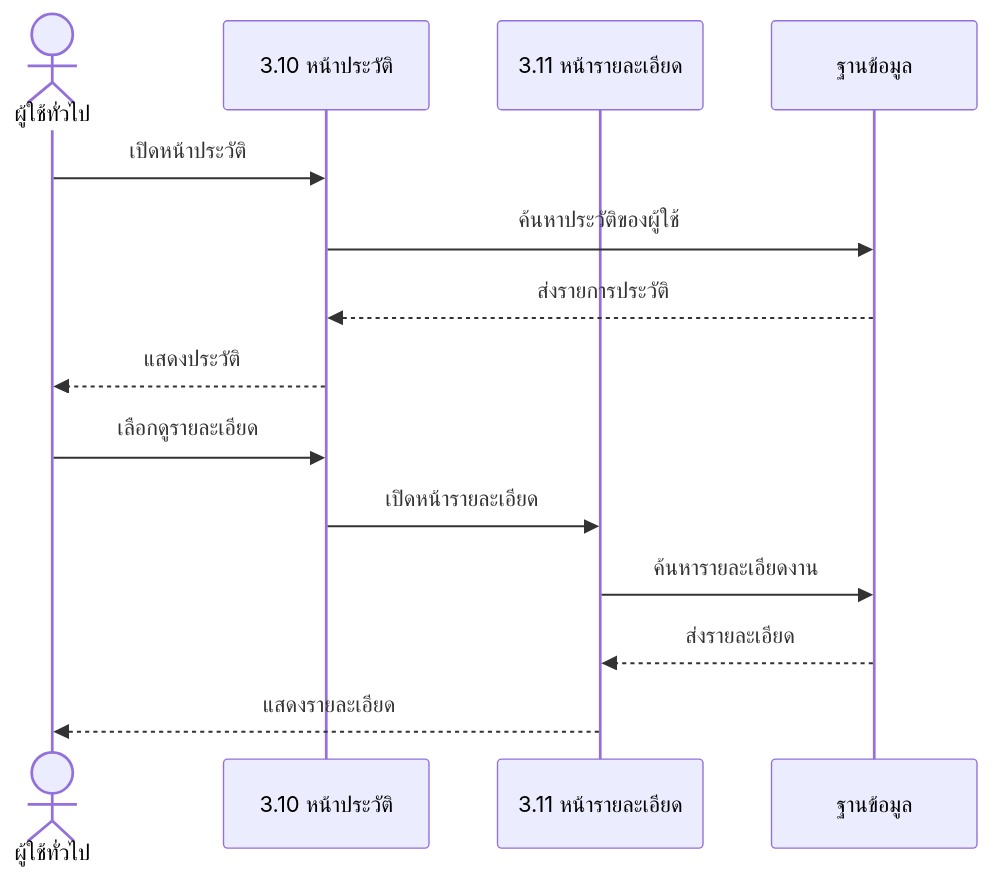
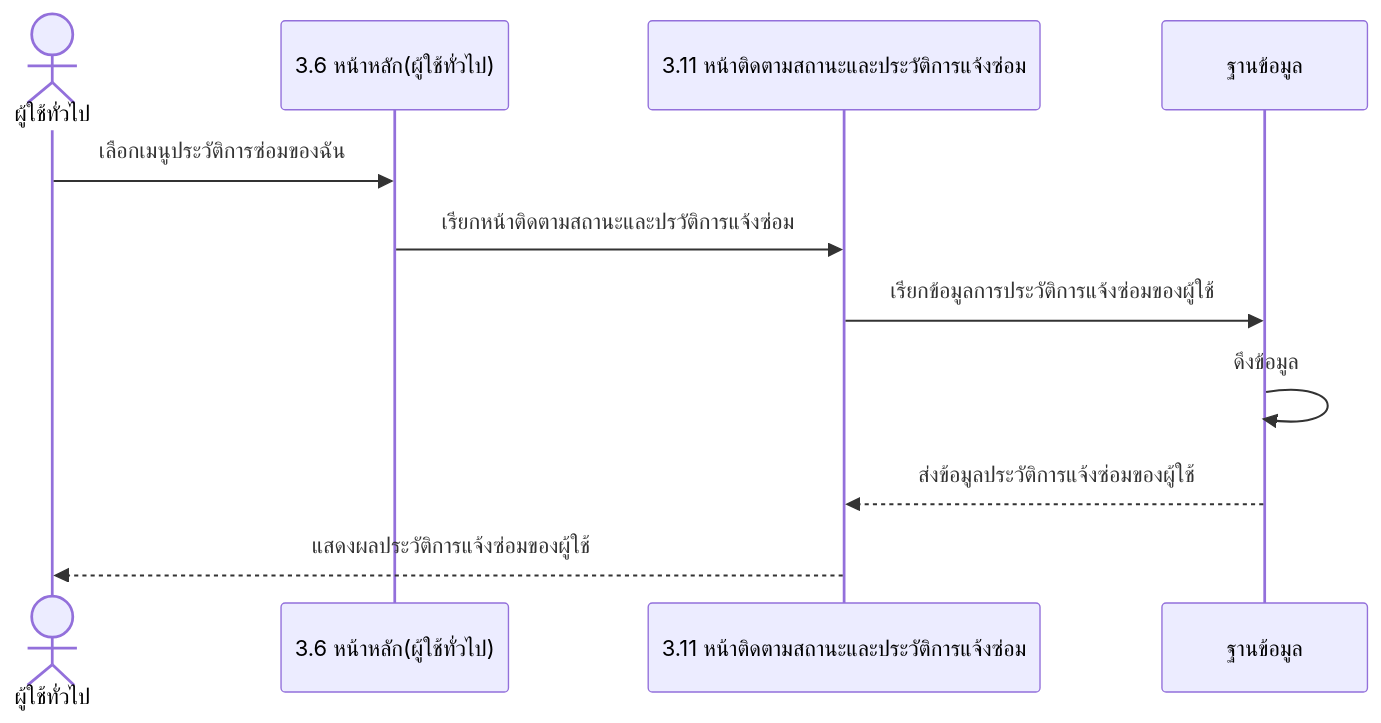
Before and after one commit to nonkanisorn/helpdesk-systemv2: the sixth of 20 diagrams in sequence-diagrams.md, drawn with Mermaid. The commit also changed other lines of this file and 132 other files, not shown here.

````diff
--- a/sequence-diagrams.md
+++ b/sequence-diagrams.md
@@ -102,16 +104,13 @@
 ```mermaid
 sequenceDiagram
     actor Aactor as ผู้ใช้ทั่วไป
-    participant History as 3.10 หน้าประวัติ
-    participant Detail as 3.11 หน้ารายละเอียด
+    participant MainPage as 3.6 หน้าหลัก(ผู้ใช้ทั่วไป)
+    participant History as 3.11 หน้าติดตามสถานะและประวัติการแจ้งซ่อม
     participant DB as ฐานข้อมูล
-    Aactor->>History: เปิดหน้าประวัติ
-    History->>DB: ค้นหาประวัติของผู้ใช้
-    DB-->>History: ส่งรายการประวัติ
-    History-->>Aactor: แสดงประวัติ
-    Aactor->>History: เลือกดูรายละเอียด
-    History->>Detail: เปิดหน้ารายละเอียด
-    Detail->>DB: ค้นหารายละเอียดงาน
-    DB-->>Detail: ส่งรายละเอียด
-    Detail-->>Aactor: แสดงรายละเอียด
+Aactor->>MainPage:เลือกเมนูประวัติการซ่อมของฉัน
+MainPage->>History:เรียกหน้าติดตามสถานะและปรวัติการแจ้งซ่อม
+History->>DB:เรียกข้อมูลการประวัติการแจ้งซ่อมของผู้ใช้
+DB->>DB:ดึงข้อมูล
+DB-->>History:ส่งข้อมูลประวัติการแจ้งซ่อมของผู้ใช้
+History-->>Aactor:แสดงผลประวัติการแจ้งซ่อมของผู้ใช้
 ```
````
